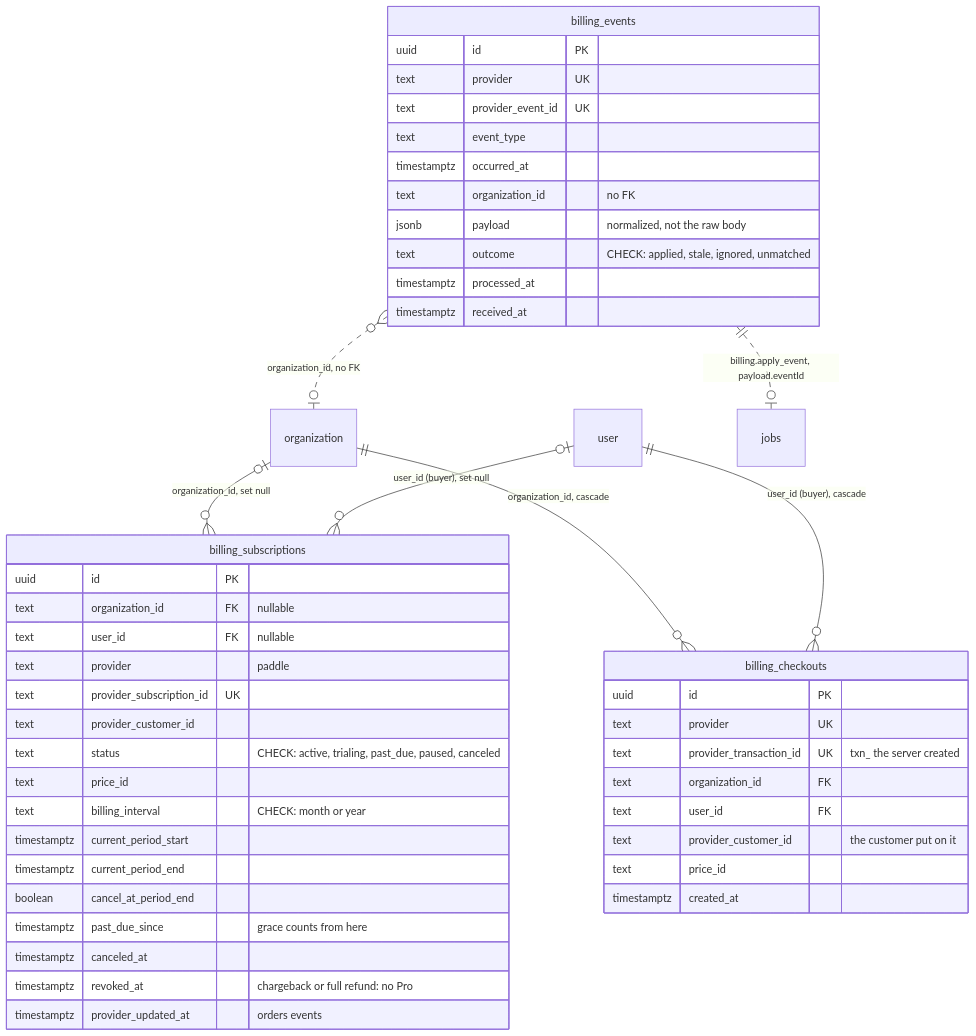
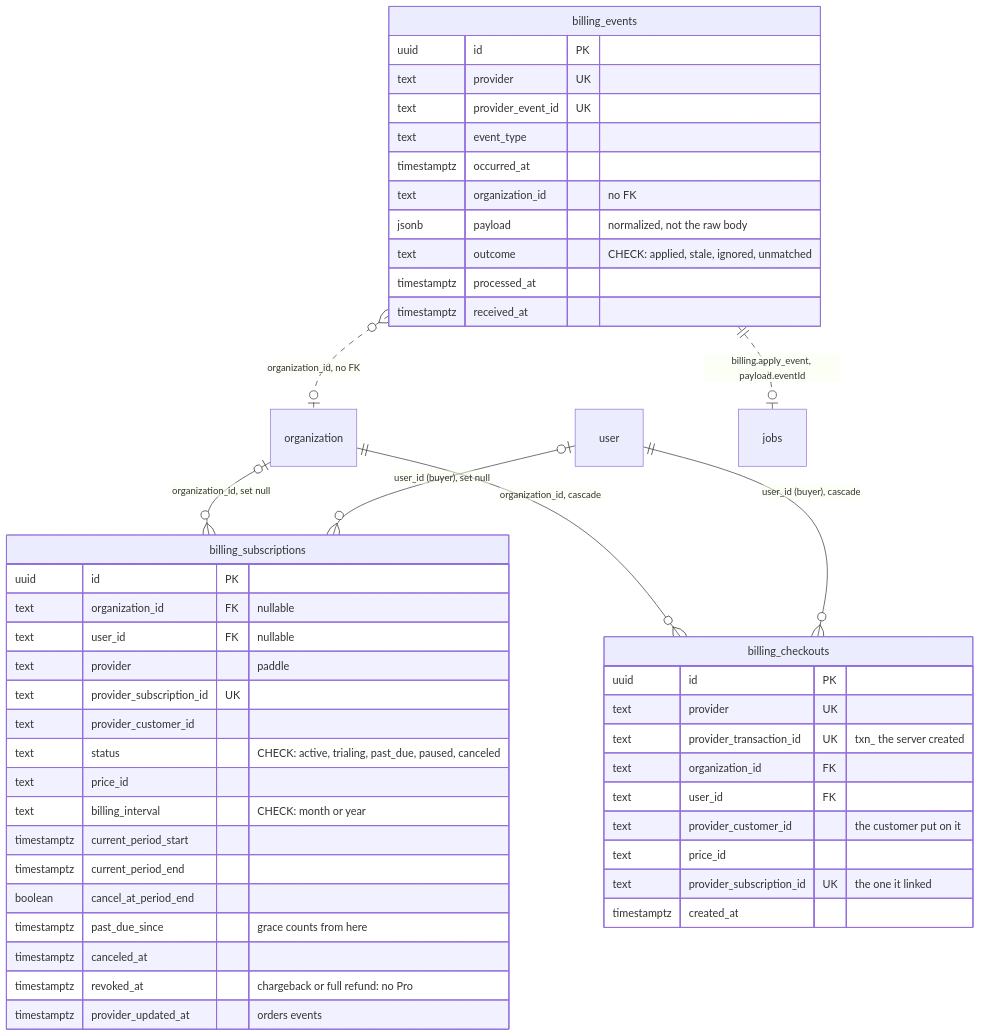
The fifth of 6 diagrams in docs/architecture/data-model.md (bhimrazy/receipt-ocr-app), drawn with Mermaid before and after one commit. The commit also changed other lines of this file and 6 other files, not shown here.

Commit message:
fix(billing): one subscription per checkout, and keep the linked customer

````diff
--- a/docs/architecture/data-model.md
+++ b/docs/architecture/data-model.md
@@ -327,50 +327,51 @@
 ```mermaid
 erDiagram
   organization |o--o{ billing_subscriptions : "organization_id, set null"
   user |o--o{ billing_subscriptions : "user_id (buyer), set null"
   organization ||--o{ billing_checkouts : "organization_id, cascade"
   user ||--o{ billing_checkouts : "user_id (buyer), cascade"
   billing_events }o..o| organization : "organization_id, no FK"
   billing_events ||..o| jobs : "billing.apply_event, payload.eventId"
 
   billing_subscriptions {
     uuid id PK
     text organization_id FK "nullable"
     text user_id FK "nullable"
     text provider "paddle"
     text provider_subscription_id UK
     text provider_customer_id
     text status "CHECK: active, trialing, past_due, paused, canceled"
     text price_id
     text billing_interval "CHECK: month or year"
     timestamptz current_period_start
     timestamptz current_period_end
     boolean cancel_at_period_end
     timestamptz past_due_since "grace counts from here"
     timestamptz canceled_at
     timestamptz revoked_at "chargeback or full refund: no Pro"
     timestamptz provider_updated_at "orders events"
   }
   billing_checkouts {
     uuid id PK
     text provider UK
     text provider_transaction_id UK "txn_ the server created"
     text organization_id FK
     text user_id FK
     text provider_customer_id "the customer put on it"
     text price_id
+    text provider_subscription_id UK "the one it linked"
     timestamptz created_at
   }
   billing_events {
     uuid id PK
     text provider UK
     text provider_event_id UK
     text event_type
     timestamptz occurred_at
     text organization_id "no FK"
     jsonb payload "normalized, not the raw body"
     text outcome "CHECK: applied, stale, ignored, unmatched"
     timestamptz processed_at
     timestamptz received_at
   }
 ```
````
